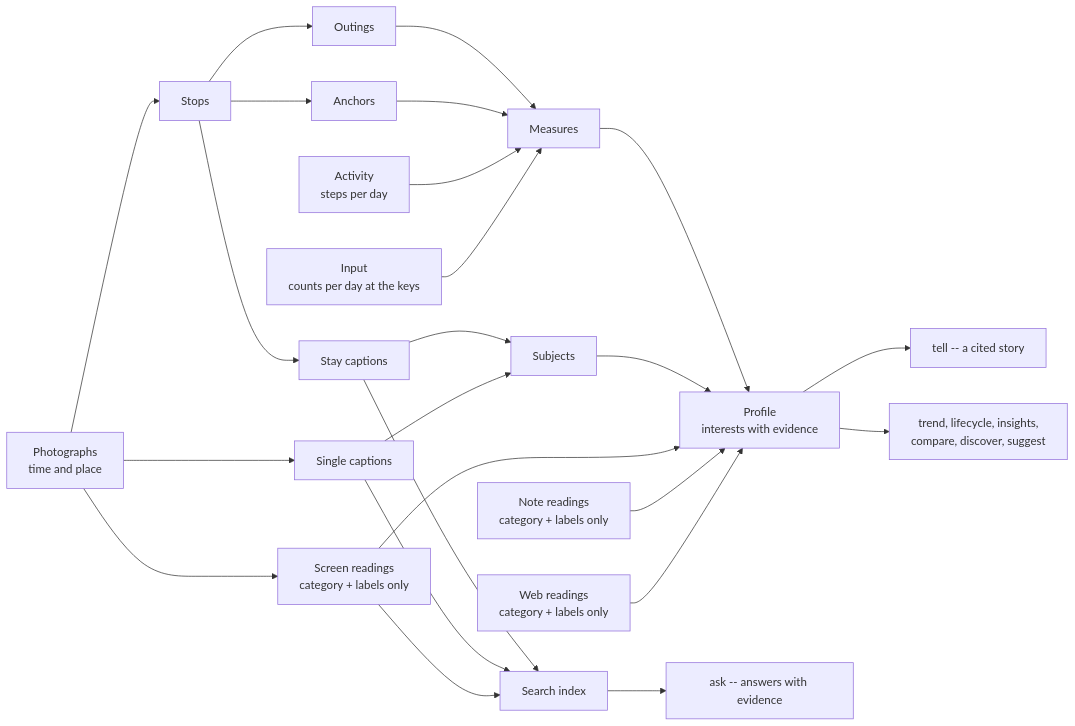
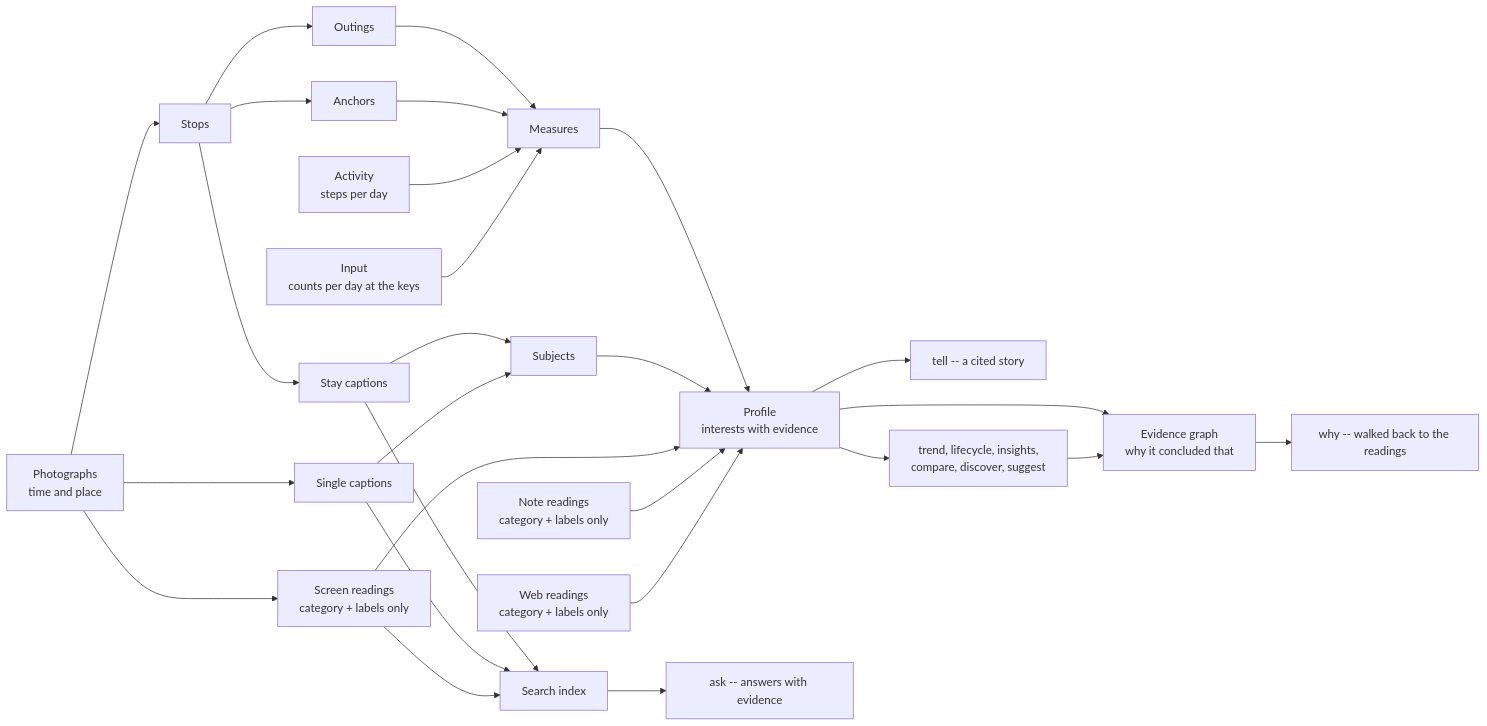
One commit to Nananananana/kiseki changed the second of 4 diagrams in README.md. Above: the diagram before and after it, drawn with Mermaid. The commit also changed other lines of this file, not shown here.

````diff
--- a/README.md
+++ b/README.md
@@ -233,26 +267,29 @@
 ```mermaid
 flowchart LR
     P["Photographs<br/>time and place"] --> S["Stops"]
     S --> O["Outings"]
     S --> AN["Anchors"]
     O --> M["Measures"]
     AN --> M
     S --> CA["Stay captions"]
     P --> SI["Single captions"]
     P --> SC["Screen readings<br/>category + labels only"]
     CA --> SU["Subjects"]
     SI --> SU
     M --> PR["Profile<br/>interests with evidence"]
     SU --> PR
     SC --> PR
     AD["Activity<br/>steps per day"] --> M
     IN["Input<br/>counts per day at the keys"] --> M
     NR["Note readings<br/>category + labels only"] --> PR
     WR["Web readings<br/>category + labels only"] --> PR
     PR --> TL["tell -- a cited story"]
     PR --> IT["trend, lifecycle, insights,<br/>compare, discover, suggest"]
     CA --> IX["Search index"]
     SI --> IX
     SC --> IX
     IX --> AS["ask -- answers with evidence"]
+    PR --> GR["Evidence graph<br/>why it concluded that"]
+    IT --> GR
+    GR --> WY["why -- walked back to the readings"]
 ```
````
